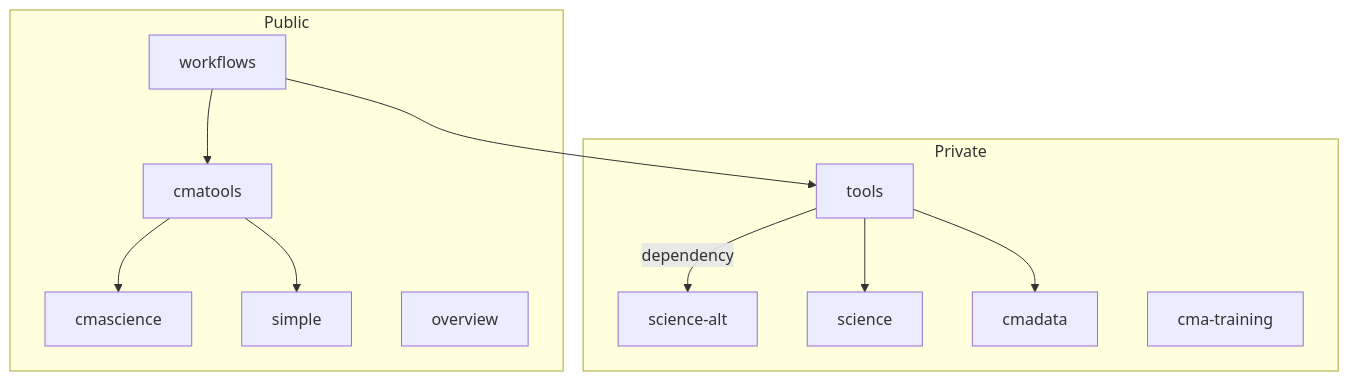
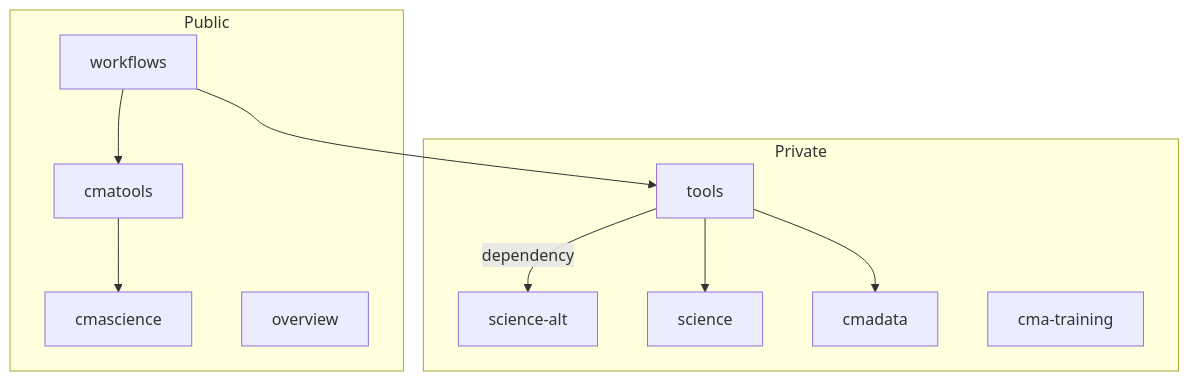
Before and after one commit to cma-open/overview: the diagram in README.md, drawn with Mermaid.

````diff
--- a/README.md
+++ b/README.md
@@ -10,27 +10,26 @@
 ```mermaid
 flowchart TB
  subgraph Public
     workflows
       click workflows "https://github.com/cma-open/workflows" "Link to workflows repo"
     workflows-->cmatools
     cmatools-->cmascience
-    cmatools-->simple
     click cmatools "https://github.com/cma-open/cmatools" "Link to cmatools"
     overview
       click overview "https://github.com/cma-open/overview" "Link to overview repo"
       click cmascience "https://github.com/cma-open/cmascience" "Link to cmascience repo"
       click simple "https://github.com/cma-open/simple" "Link to simple repo"
     end
     subgraph Private
     workflows-->tools
     tools-->|dependency|science-alt
       click science-alt "https://github.com/cma-open/science-alt" "Link to scient-alt repo"
     tools-->science
     click science "https://github.com/cma-open/science" "Link to science repo"
     click tools "https://github.com/cma-open/tools" "Link to science repo"
     tools-->cmadata
     click cmadata "https://github.com/cma-open/cmadata" "Link to cmadata repo"
     cma-training
       click cma-training "https://github.com/cma-open/cma-training" "Link to training repo"
     end
 ```
````
